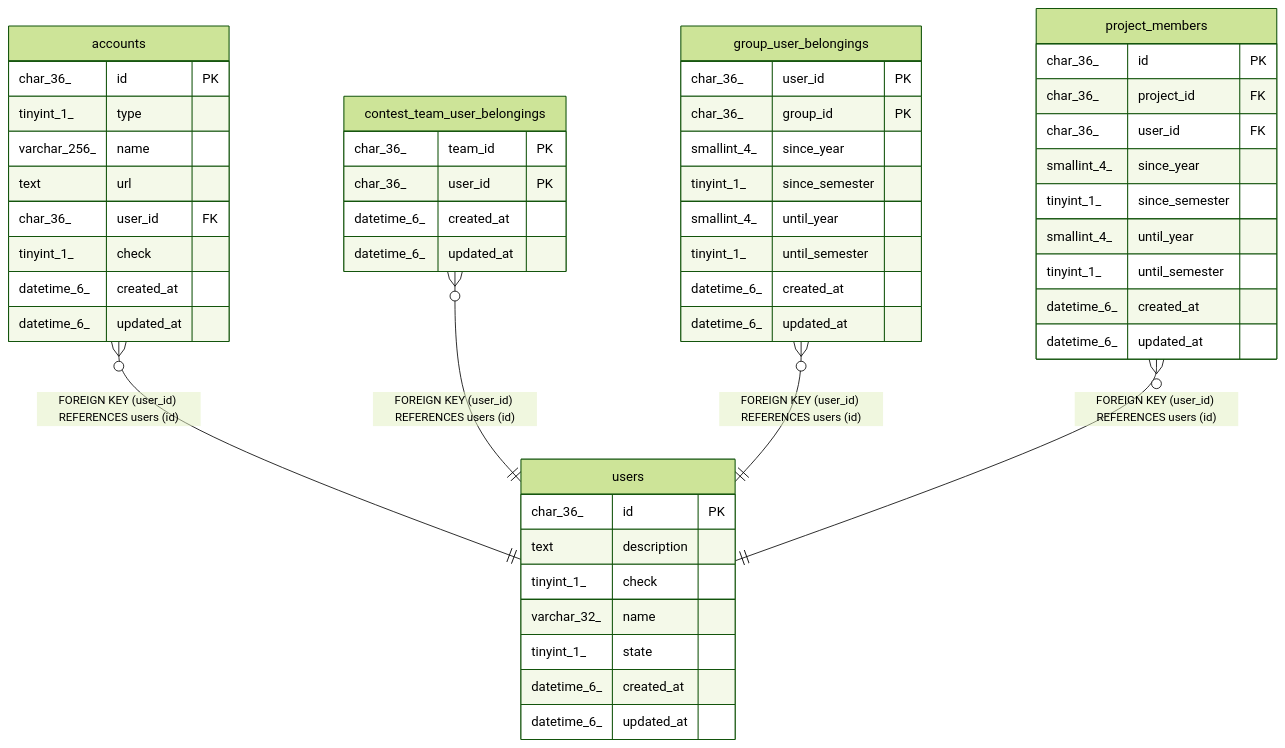
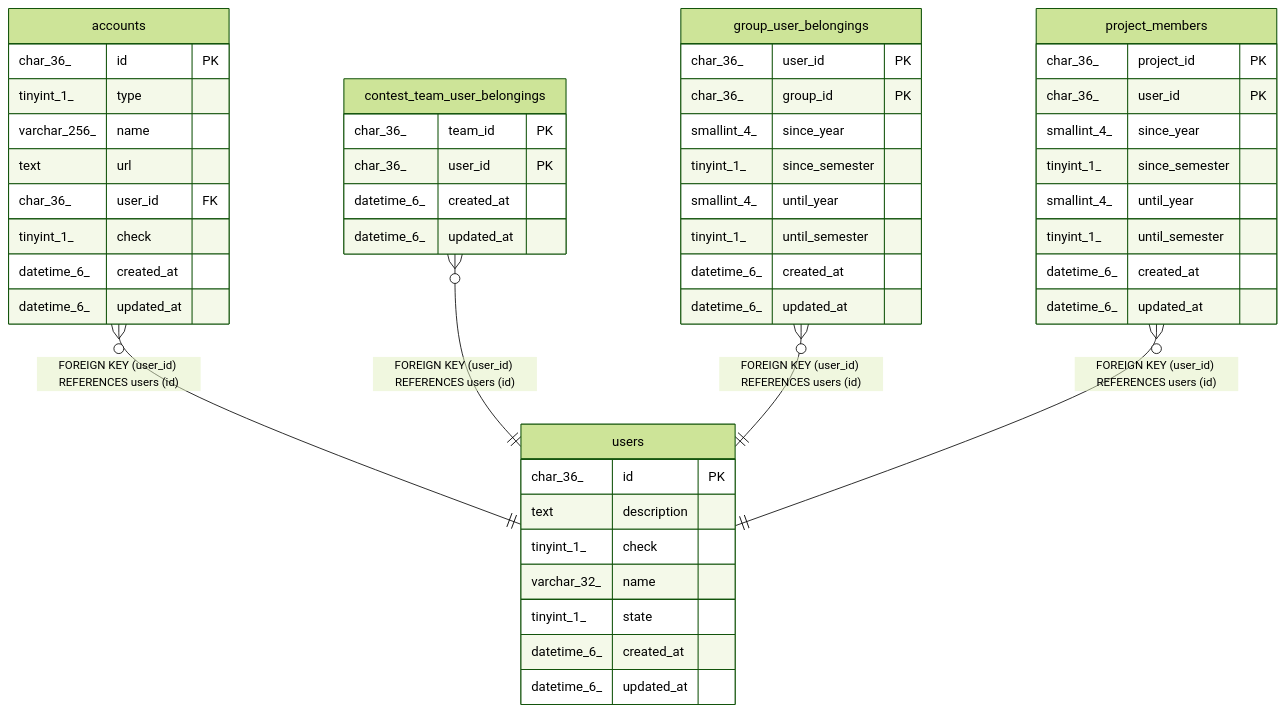
One commit to traPtitech/traPortfolio changed the diagram in docs/dbschema/users.md. Above: the diagram before and after it, drawn with Mermaid (forest theme). The commit also changed 7 other files, not shown here.

````diff
--- a/docs/dbschema/users.md
+++ b/docs/dbschema/users.md
@@ -54,55 +54,54 @@
 ```mermaid
 erDiagram
 
 "accounts" }o--|| "users" : "FOREIGN KEY (user_id) REFERENCES users (id)"
 "contest_team_user_belongings" }o--|| "users" : "FOREIGN KEY (user_id) REFERENCES users (id)"
 "group_user_belongings" }o--|| "users" : "FOREIGN KEY (user_id) REFERENCES users (id)"
 "project_members" }o--|| "users" : "FOREIGN KEY (user_id) REFERENCES users (id)"
 
 "users" {
   char_36_ id PK
   text description
   tinyint_1_ check
   varchar_32_ name
   tinyint_1_ state
   datetime_6_ created_at
   datetime_6_ updated_at
 }
 "accounts" {
   char_36_ id PK
   tinyint_1_ type
   varchar_256_ name
   text url
   char_36_ user_id FK
   tinyint_1_ check
   datetime_6_ created_at
   datetime_6_ updated_at
 }
 "contest_team_user_belongings" {
   char_36_ team_id PK
   char_36_ user_id PK
   datetime_6_ created_at
   datetime_6_ updated_at
 }
 "group_user_belongings" {
   char_36_ user_id PK
   char_36_ group_id PK
   smallint_4_ since_year
   tinyint_1_ since_semester
   smallint_4_ until_year
   tinyint_1_ until_semester
   datetime_6_ created_at
   datetime_6_ updated_at
 }
 "project_members" {
-  char_36_ id PK
-  char_36_ project_id FK
-  char_36_ user_id FK
+  char_36_ project_id PK
+  char_36_ user_id PK
   smallint_4_ since_year
   tinyint_1_ since_semester
   smallint_4_ until_year
   tinyint_1_ until_semester
   datetime_6_ created_at
   datetime_6_ updated_at
 }
 ```
````
